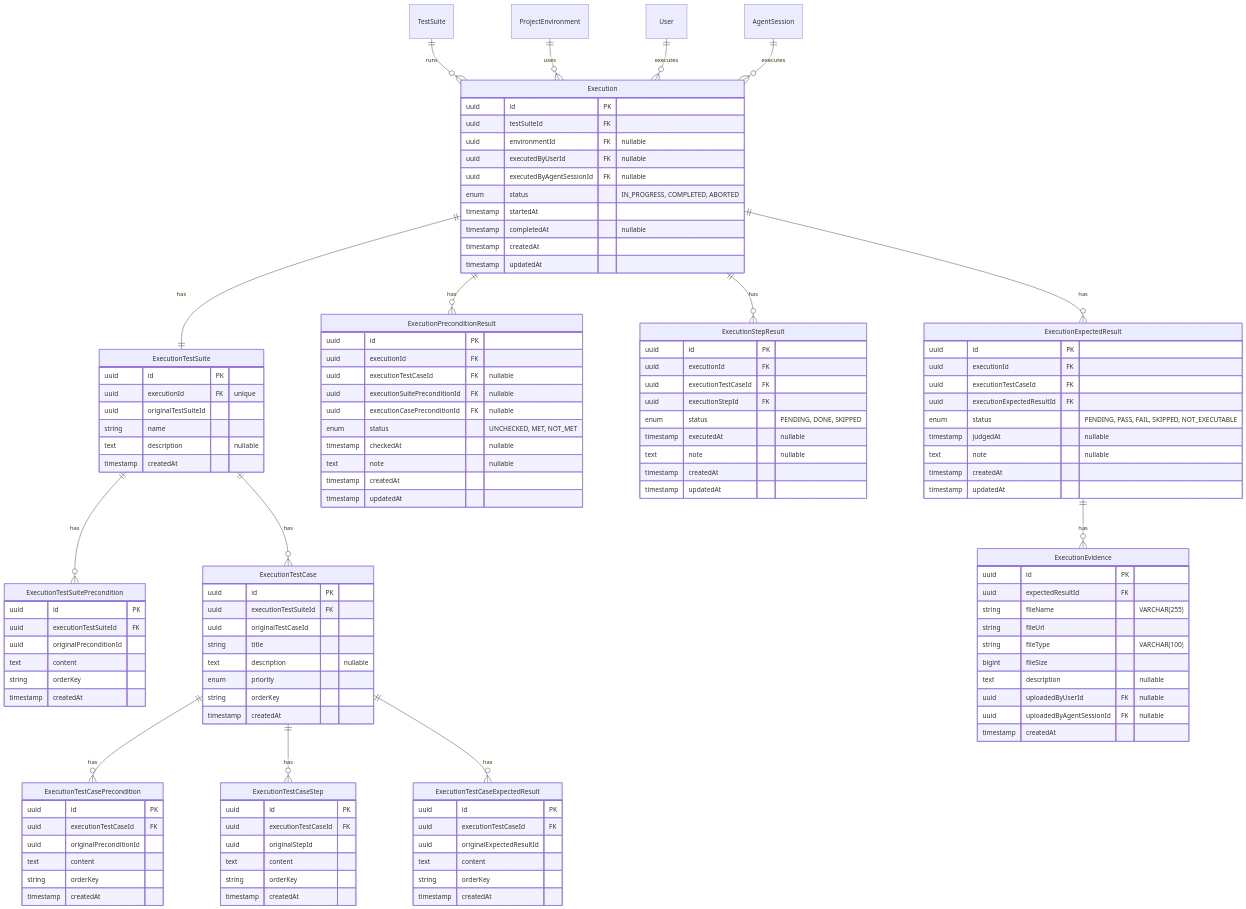
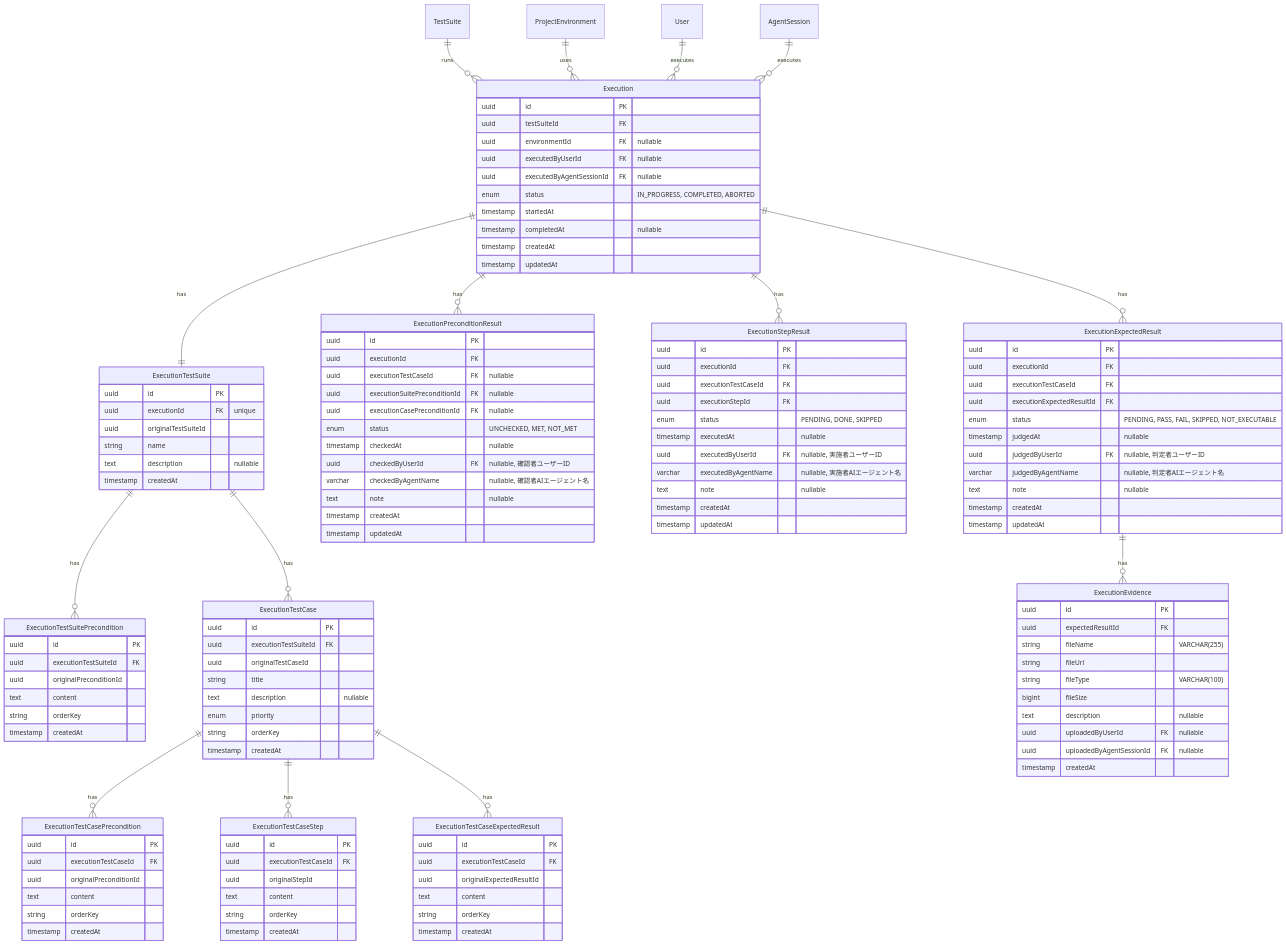
The sixth of 6 diagrams in docs/architecture/features/test-execution.md (tsutsumi389/agentest), drawn with Mermaid before and after one commit. The commit also changed other lines of this file and 2 other files, not shown here.

```diff
--- a/docs/architecture/features/test-execution.md
+++ b/docs/architecture/features/test-execution.md
@@ -390,6 +390,8 @@
         uuid executionCasePreconditionId FK "nullable"
         enum status "UNCHECKED, MET, NOT_MET"
         timestamp checkedAt "nullable"
+        uuid checkedByUserId FK "nullable, 確認者ユーザーID"
+        varchar checkedByAgentName "nullable, 確認者AIエージェント名"
         text note "nullable"
         timestamp createdAt
         timestamp updatedAt
@@ -402,6 +404,8 @@
         uuid executionStepId FK
         enum status "PENDING, DONE, SKIPPED"
         timestamp executedAt "nullable"
+        uuid executedByUserId FK "nullable, 実施者ユーザーID"
+        varchar executedByAgentName "nullable, 実施者AIエージェント名"
         text note "nullable"
         timestamp createdAt
         timestamp updatedAt
@@ -414,6 +418,8 @@
         uuid executionExpectedResultId FK
         enum status "PENDING, PASS, FAIL, SKIPPED, NOT_EXECUTABLE"
         timestamp judgedAt "nullable"
+        uuid judgedByUserId FK "nullable, 判定者ユーザーID"
+        varchar judgedByAgentName "nullable, 判定者AIエージェント名"
         text note "nullable"
         timestamp createdAt
         timestamp updatedAt
```
